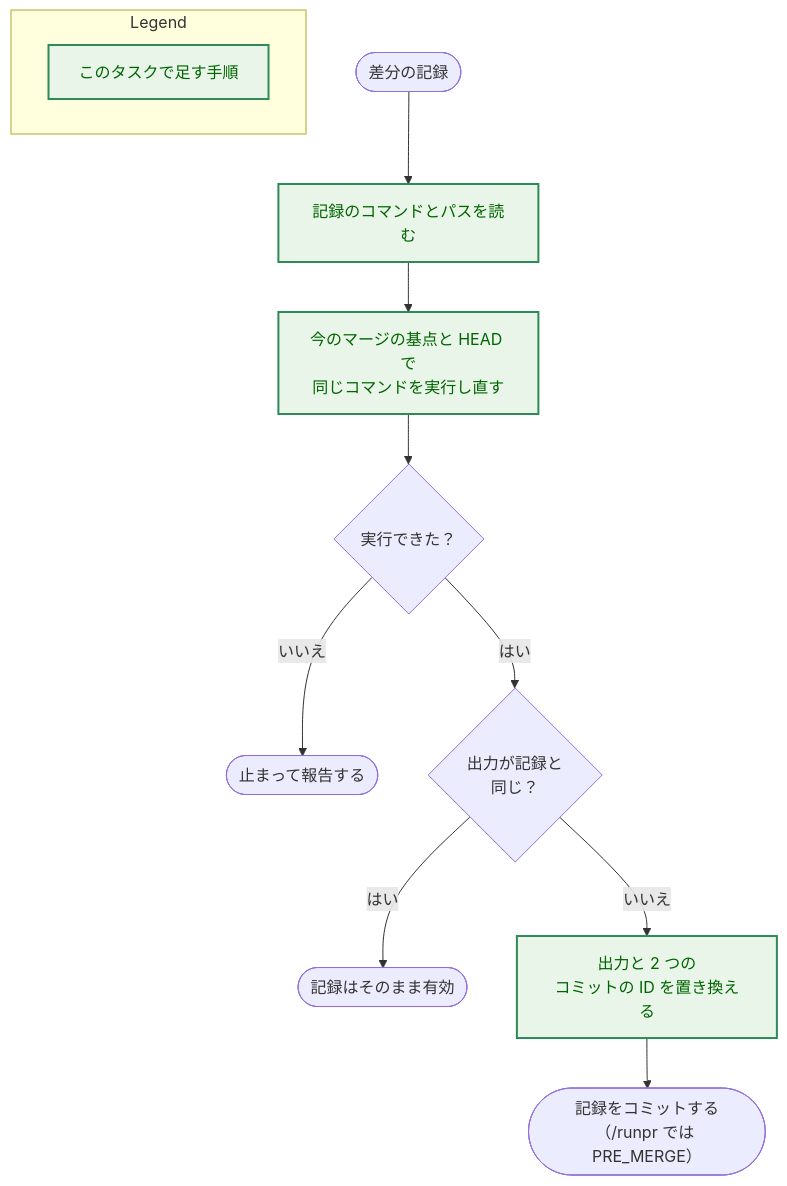
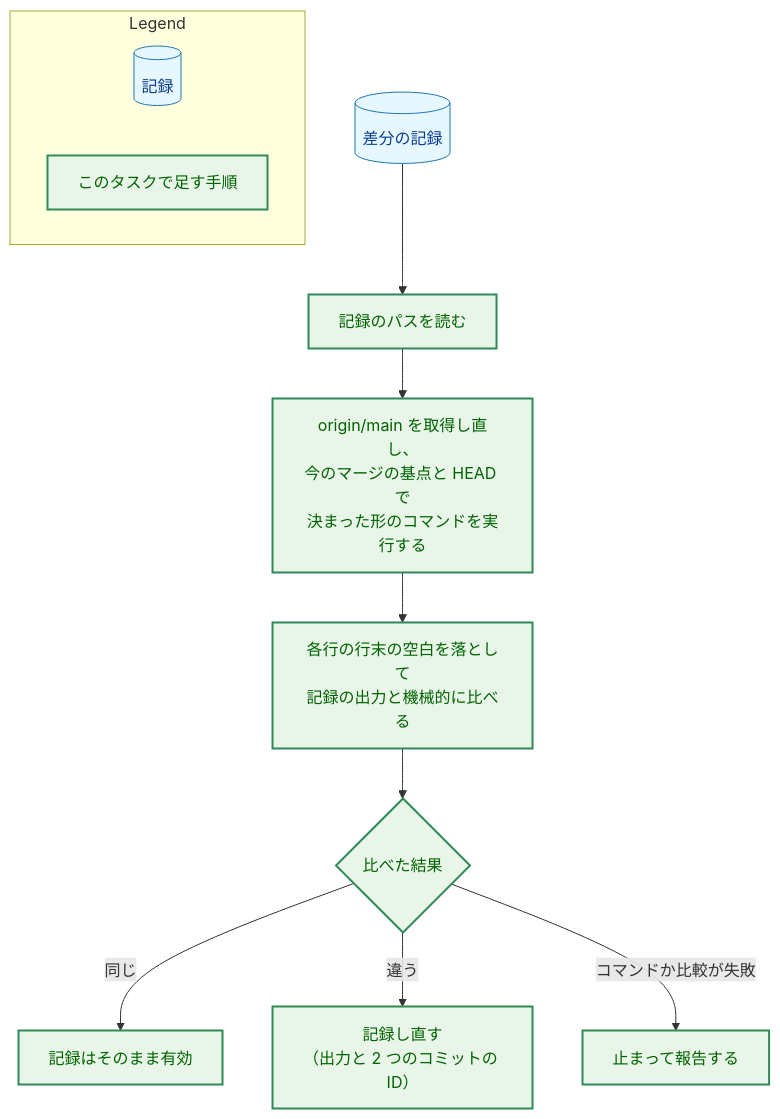
Before and after one commit to isseis/yt2column: the fourth of 4 diagrams in docs/tasks/0080_diff_check_proportion/02_architecture.md, drawn with Mermaid. The commit also changed other lines of this file, not shown here.

First line of the commit message:
docs(0080): address the architecture review and prose findings

````diff
--- a/docs/tasks/0080_diff_check_proportion/02_architecture.md
+++ b/docs/tasks/0080_diff_check_proportion/02_architecture.md
@@ -411,21 +455,29 @@
 ```mermaid
 flowchart TD
     classDef data fill:#e6f7ff,stroke:#1f77b4,stroke-width:1px,color:#0b3d91;
     classDef enhanced fill:#e8f5e8,stroke:#2e8b57,stroke-width:2px,color:#006400;
 
-    START(["差分の記録"]) --> READ["記録のコマンドとパスを読む"]
-    READ --> RUN["今のマージの基点と HEAD で<br>同じコマンドを実行し直す"]
-    RUN --> OK{"実行できた？"}
-    OK -->|"いいえ"| STOP(["止まって報告する"])
-    OK -->|"はい"| SAME{"出力が記録と<br>同じ？"}
-    SAME -->|"はい"| KEEP(["記録はそのまま有効"])
-    SAME -->|"いいえ"| REPLACE["出力と 2 つの<br>コミットの ID を置き換える"]
-    REPLACE --> DONE(["記録をコミットする<br>（/runpr では PRE_MERGE）"])
+    REC[("差分の記録")]
+    READ["記録のパスを読む"]
+    RUN["origin/main を取得し直し、<br>今のマージの基点と HEAD で<br>決まった形のコマンドを実行する"]
+    CMP["各行の行末の空白を落として<br>記録の出力と機械的に比べる"]
+    OK{"比べた結果"}
+    STOP["止まって報告する"]
+    KEEP["記録はそのまま有効"]
+    REPLACE["記録し直す<br>（出力と 2 つのコミットの ID）"]
 
-    class READ,RUN,REPLACE enhanced
+    REC --> READ --> RUN --> CMP --> OK
+    OK -->|"同じ"| KEEP
+    OK -->|"違う"| REPLACE
+    OK -->|"コマンドか比較が失敗"| STOP
+
+    class REC data
+    class READ,RUN,CMP,OK,STOP,KEEP,REPLACE enhanced
 
     subgraph Legend["Legend"]
-        L1["このタスクで足す手順"]
+        L1[("記録")]
+        L2["このタスクで足す手順"]
     end
-    class L1 enhanced
+    class L1 data
+    class L2 enhanced
 ```
````
